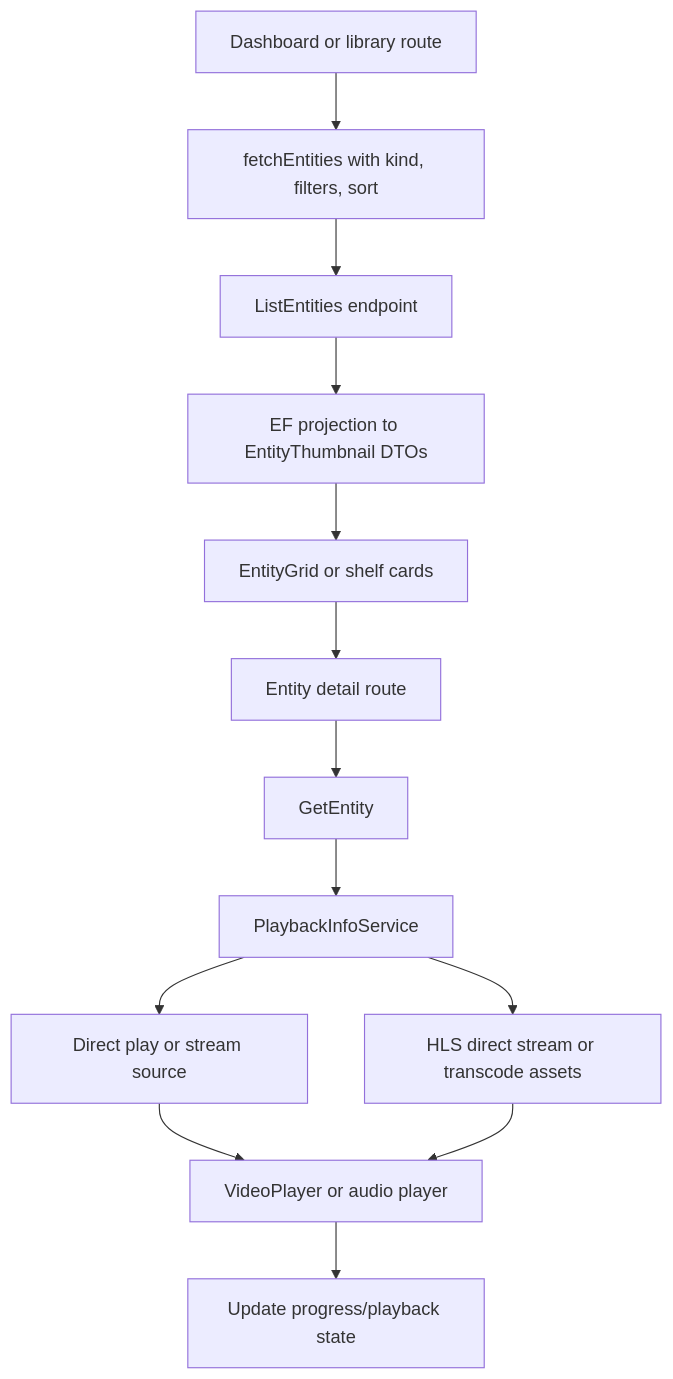
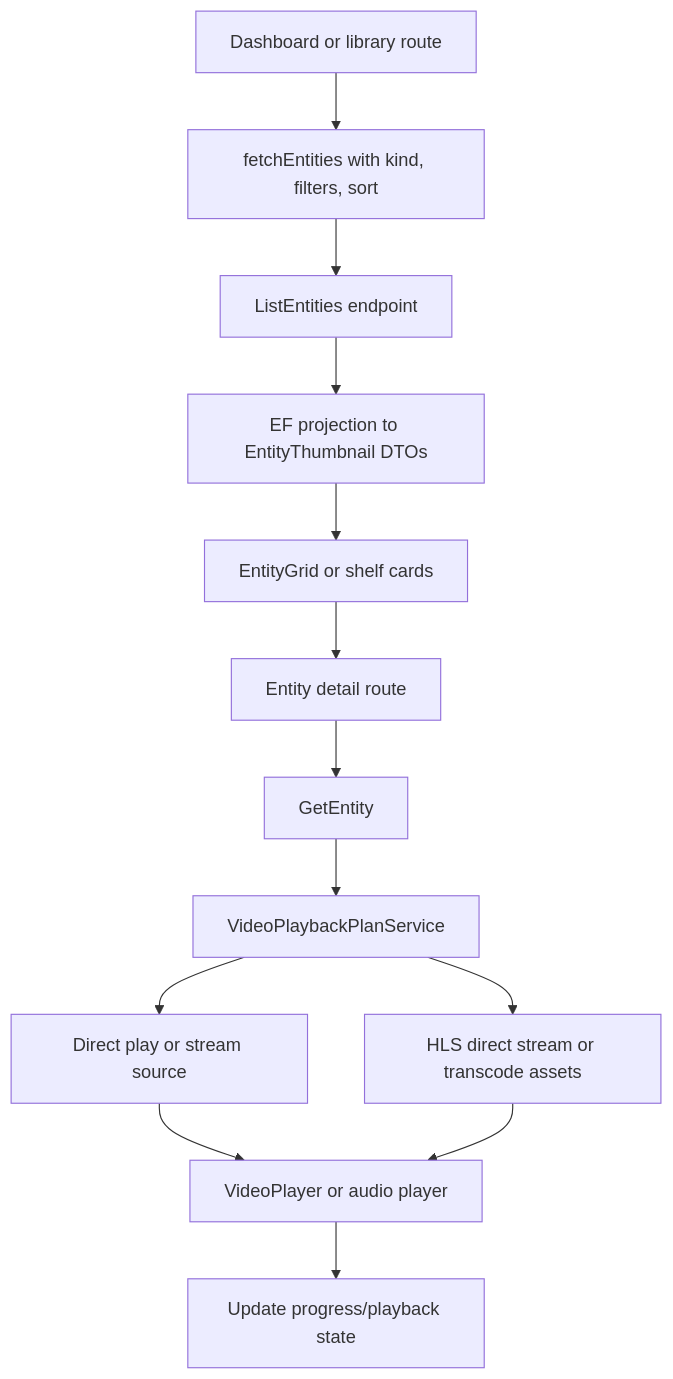
Before and after one commit to pauljoda/Prismedia: the ninth of 12 diagrams in documentation-site/docs/developers/codebase-flow.md, drawn with Mermaid. The commit also changed other lines of this file and 21 other files, not shown here.

````diff
--- a/documentation-site/docs/developers/codebase-flow.md
+++ b/documentation-site/docs/developers/codebase-flow.md
@@ -279,15 +279,15 @@
 ```mermaid
 flowchart TD
   Dashboard["Dashboard or library route"] --> Fetch["fetchEntities with kind, filters, sort"]
   Fetch --> EntityList["ListEntities endpoint"]
   EntityList --> Projection["EF projection to EntityThumbnail DTOs"]
   Projection --> Grid["EntityGrid or shelf cards"]
   Grid --> Detail["Entity detail route"]
   Detail --> DetailEndpoint["GetEntity"]
-  DetailEndpoint --> PlayerDecision["PlaybackInfoService"]
+  DetailEndpoint --> PlayerDecision["VideoPlaybackPlanService"]
   PlayerDecision --> Direct["Direct play or stream source"]
   PlayerDecision --> HLS["HLS direct stream or transcode assets"]
   Direct --> Player["VideoPlayer or audio player"]
   HLS --> Player
   Player --> Progress["Update progress/playback state"]
 ```
````
